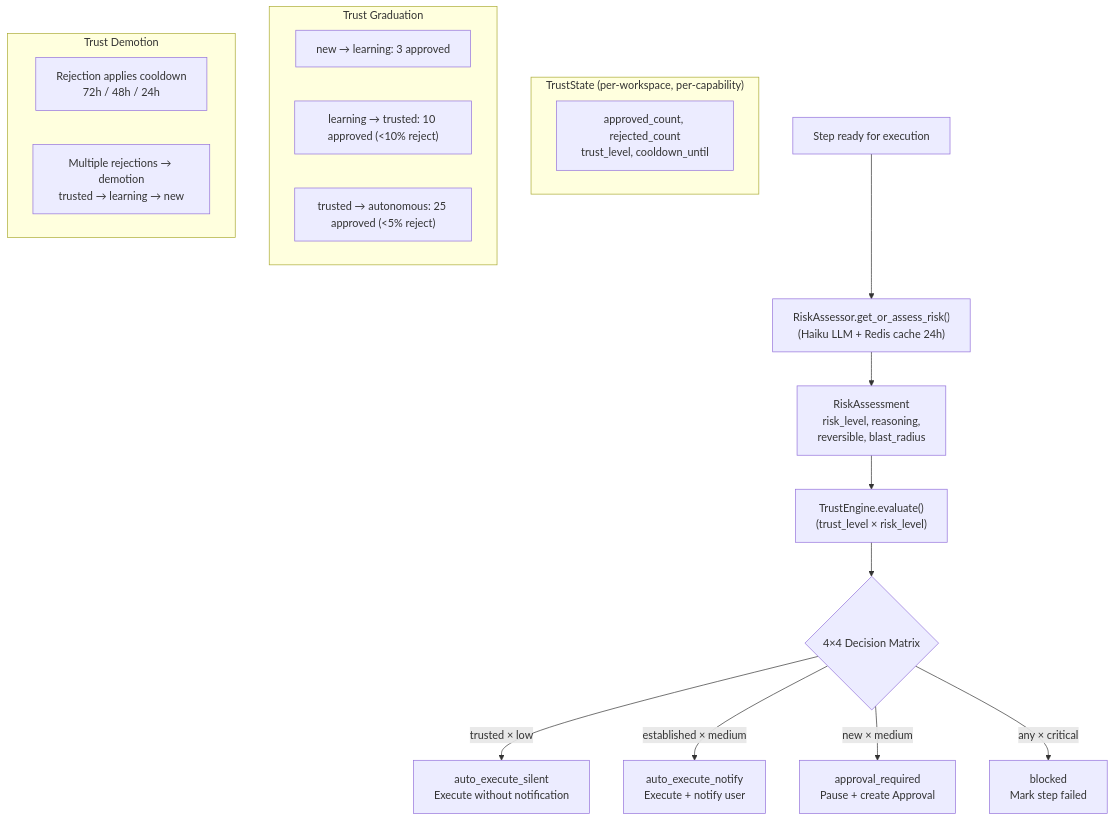
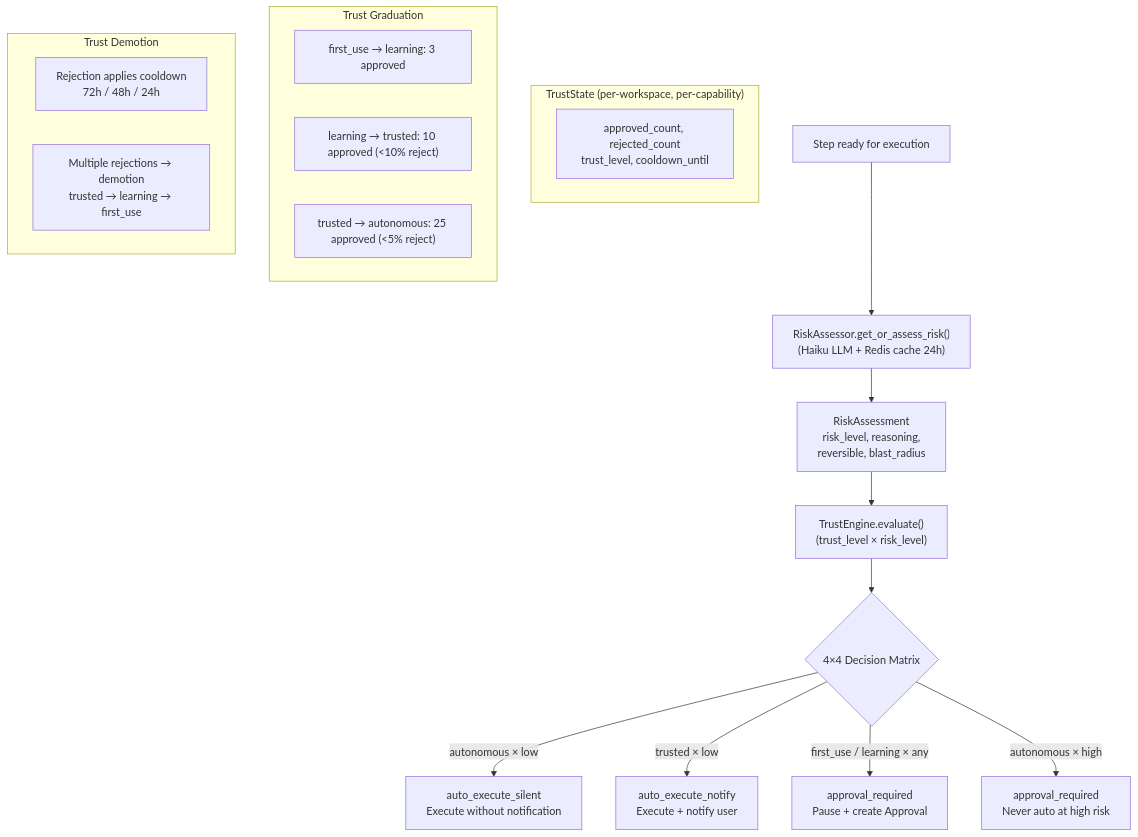
Diagram 11 of 17 in docs/architecture/plan-execution-deep-dive.md (shivadharmi/muldro), drawn with Mermaid before and after one commit. The commit also changed other lines of this file and 14 other files, not shown here.

First line of the commit message:
docs: sync durable architecture docs with post-rebuild code

````diff
--- a/docs/architecture/plan-execution-deep-dive.md
+++ b/docs/architecture/plan-execution-deep-dive.md
@@ -632,29 +604,29 @@
 ```mermaid
 flowchart TD
     STEP[Step ready for execution] --> RISK["RiskAssessor.get_or_assess_risk()<br/>(Haiku LLM + Redis cache 24h)"]
     RISK --> RL["RiskAssessment<br/>risk_level, reasoning,<br/>reversible, blast_radius"]
 
     RL --> TE["TrustEngine.evaluate()<br/>(trust_level × risk_level)"]
 
     subgraph "TrustState (per-workspace, per-capability)"
         TS["approved_count, rejected_count<br/>trust_level, cooldown_until"]
     end
 
     TE --> MATRIX{"4×4 Decision Matrix"}
 
-    MATRIX --> |"trusted × low"| SILENT[auto_execute_silent<br/>Execute without notification]
-    MATRIX --> |"established × medium"| NOTIFY[auto_execute_notify<br/>Execute + notify user]
-    MATRIX --> |"new × medium"| APPROVE[approval_required<br/>Pause + create Approval]
-    MATRIX --> |"any × critical"| BLOCK[blocked<br/>Mark step failed]
+    MATRIX --> |"autonomous × low"| SILENT[auto_execute_silent<br/>Execute without notification]
+    MATRIX --> |"trusted × low"| NOTIFY[auto_execute_notify<br/>Execute + notify user]
+    MATRIX --> |"first_use / learning × any"| APPROVE[approval_required<br/>Pause + create Approval]
+    MATRIX --> |"autonomous × high"| APPROVE2[approval_required<br/>Never auto at high risk]
 
     subgraph "Trust Graduation"
-        G1["new → learning: 3 approved"]
+        G1["first_use → learning: 3 approved"]
         G2["learning → trusted: 10 approved (<10% reject)"]
         G3["trusted → autonomous: 25 approved (<5% reject)"]
     end
 
     subgraph "Trust Demotion"
         D1["Rejection applies cooldown<br/>72h / 48h / 24h"]
-        D2["Multiple rejections → demotion<br/>trusted → learning → new"]
+        D2["Multiple rejections → demotion<br/>trusted → learning → first_use"]
     end
 ```
````
